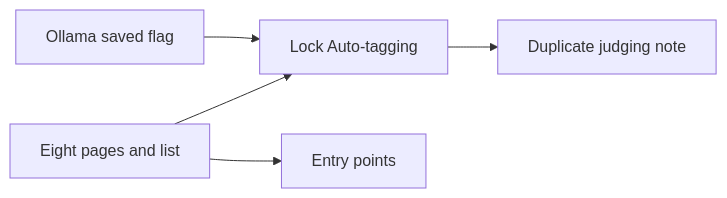
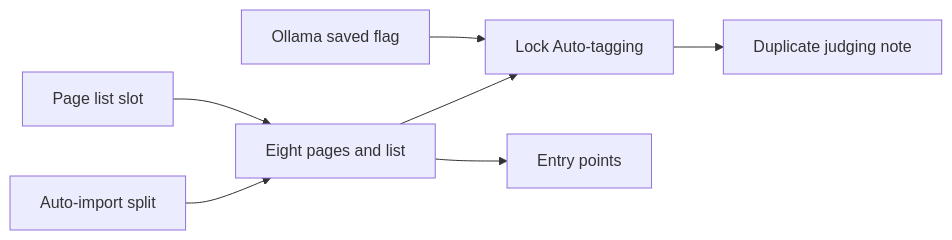
The second of 2 diagrams in specs/058-settings-pages/plan.md (syudead/vv), drawn with Mermaid before and after one commit. The commit also changed other lines of this file and 5 other files, not shown here.

````diff
--- a/specs/058-settings-pages/plan.md
+++ b/specs/058-settings-pages/plan.md
@@ -125,7 +127,9 @@
 ```mermaid
 flowchart LR
   saved[Ollama saved flag] --> lock[Lock Auto-tagging]
-  pages[Eight pages and list] --> entries[Entry points]
+  slot[Page list slot] --> pages[Eight pages and list]
+  split[Auto-import split] --> pages
+  pages --> entries[Entry points]
   pages --> lock
   lock --> note[Duplicate judging note]
 ```
````
